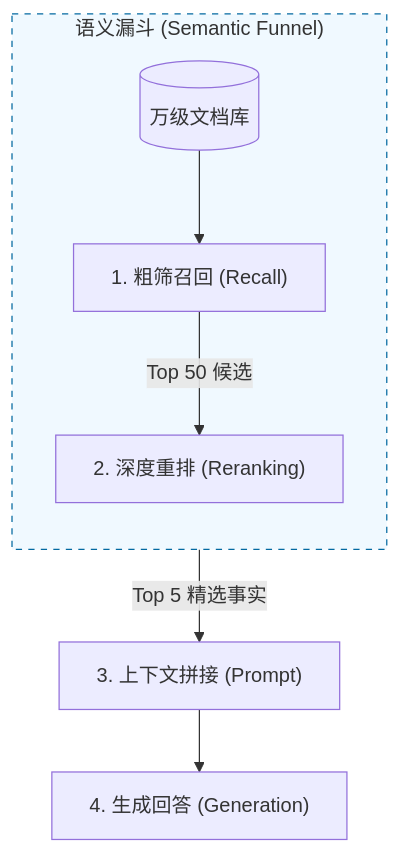
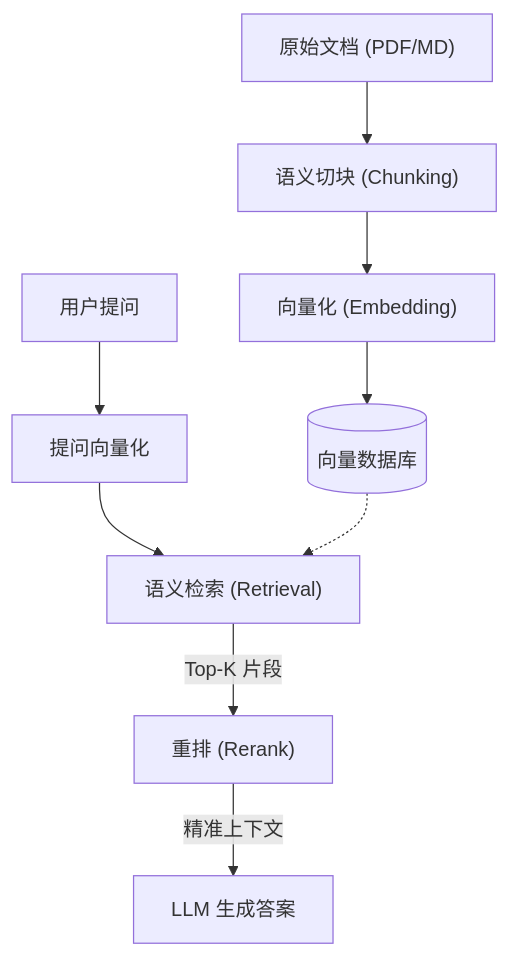
Diagram 25 of 33 in doc/AI_Knowledge_Roadmap.md (wangchong2023/lang-chain-graph), drawn with Mermaid before and after one commit. The commit also changed other lines of this file, not shown here.

Commit message:
docs: update AI knowledge roadmap with new learning milestones

````diff
--- a/doc/AI_Knowledge_Roadmap.md
+++ b/doc/AI_Knowledge_Roadmap.md
@@ -1330,13 +1333,12 @@
 ```mermaid
 graph TD
-    subgraph Funnel ["语义漏斗 (Semantic Funnel)"]
-        direction TB
-        DB[(万级文档库)] --> Recall["1. 粗筛召回 (Recall)"]
-        Recall -- "Top 50 候选" --> Rerank["2. 深度重排 (Reranking)"]
-    end
+    Data["原始文档 (PDF/MD)"] --> Split["语义切块 (Chunking)"]
+    Split --> Embed["向量化 (Embedding)"]
+    Embed --> DB[(向量数据库)]
     
-    Rerank -- "Top 5 精选事实" --> Context["3. 上下文拼接 (Prompt)"]
-    Context --> LLM["4. 生成回答 (Generation)"]
-    
-    style Funnel fill:#f0f9ff,stroke:#0369a1,stroke-dasharray: 5 5
+    Query["用户提问"] --> Q_Embed["提问向量化"]
+    Q_Embed --> Search["语义检索 (Retrieval)"]
+    DB -.-> Search
+    Search -- "Top-K 片段" --> Rerank["重排 (Rerank)"]
+    Rerank -- "精准上下文" --> LLM["LLM 生成答案"]
 ```
````
